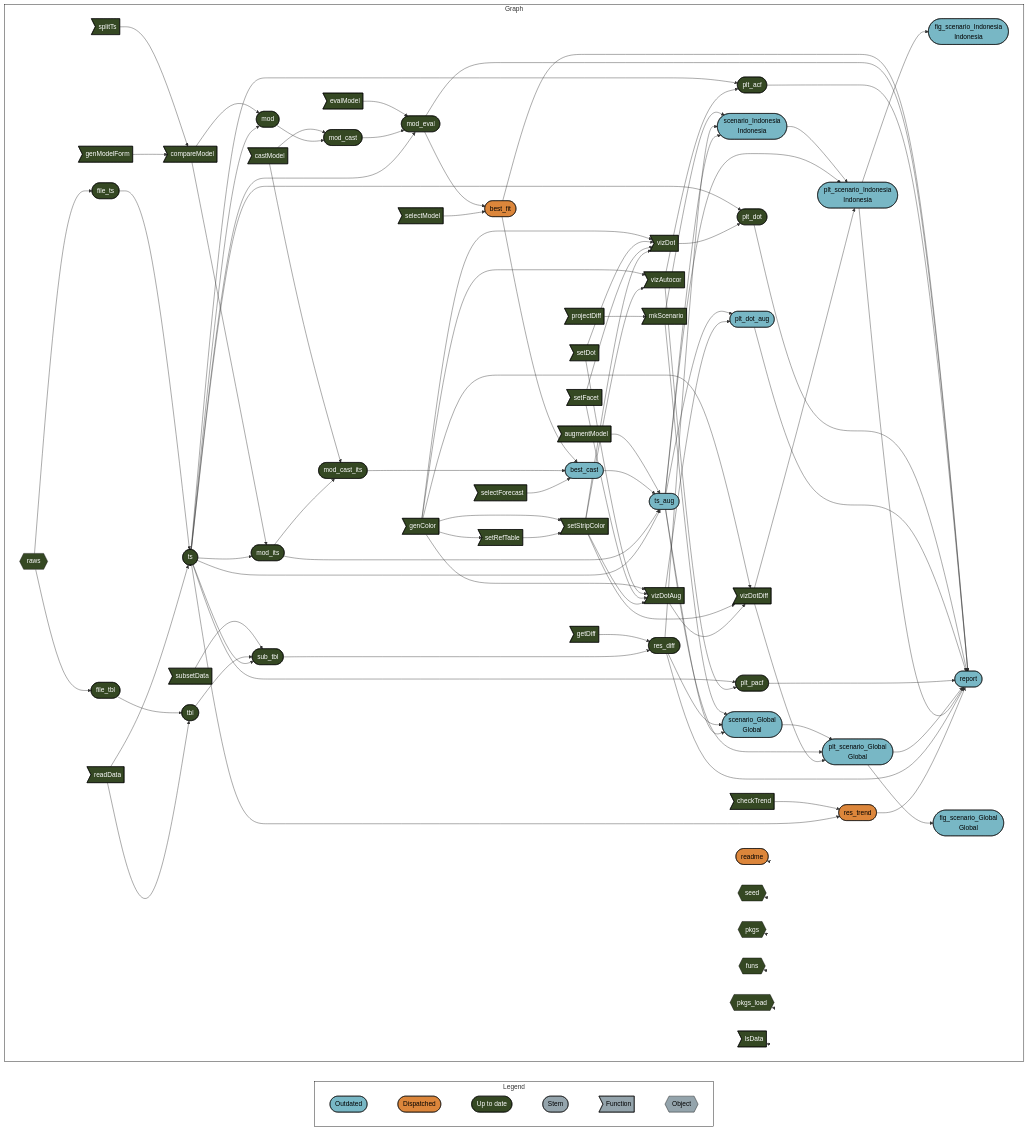
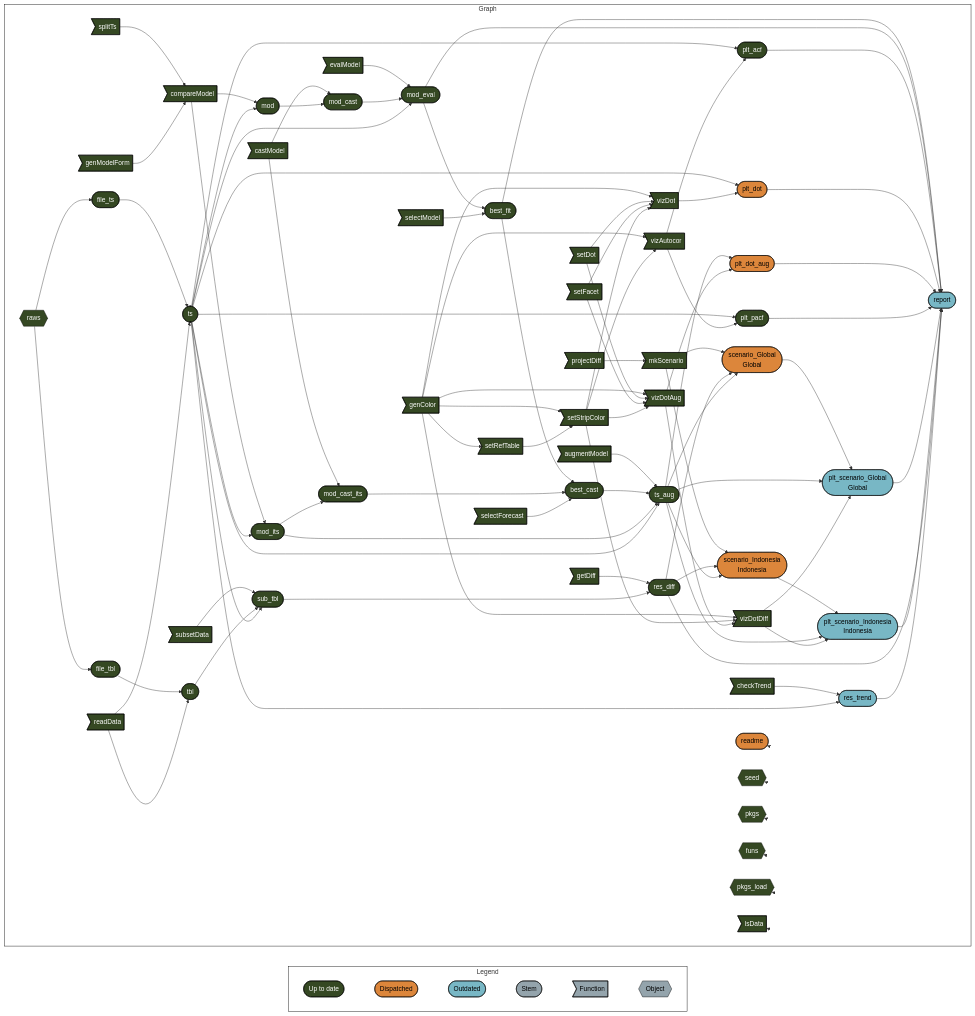
One commit to namakala/method-discrepancy-riskesdas changed the diagram in README.md. Above: the diagram before and after it, drawn with Mermaid. The commit also changed other lines of this file, not shown here.

Commit message:
Update the README file

````diff
--- a/README.md
+++ b/README.md
@@ -73,9 +77,9 @@
   style Graph fill:#FFFFFF00,stroke:#000000;
   subgraph Legend
     direction LR
-    x2db1ec7a48f65a9b([""Outdated""]):::outdated --- xb6630624a7b3aa0f([""Dispatched""]):::dispatched
-    xb6630624a7b3aa0f([""Dispatched""]):::dispatched --- xf1522833a4d242c5([""Up to date""]):::uptodate
-    xf1522833a4d242c5([""Up to date""]):::uptodate --- xd03d7c7dd2ddda2b([""Stem""]):::none
+    xf1522833a4d242c5([""Up to date""]):::uptodate --- xb6630624a7b3aa0f([""Dispatched""]):::dispatched
+    xb6630624a7b3aa0f([""Dispatched""]):::dispatched --- x2db1ec7a48f65a9b([""Outdated""]):::outdated
+    x2db1ec7a48f65a9b([""Outdated""]):::outdated --- xd03d7c7dd2ddda2b([""Stem""]):::none
     xd03d7c7dd2ddda2b([""Stem""]):::none --- xeb2d7cac8a1ce544>""Function""]:::none
     xeb2d7cac8a1ce544>""Function""]:::none --- xbecb13963f49e50b{{""Object""}}:::none
   end
@@ -102,23 +106,22 @@
     x2cba9b87114d8cdd>"genModelForm"]:::uptodate --> xacaa2b0b099a3bef>"compareModel"]:::uptodate
     xacaa2b0b099a3bef>"compareModel"]:::uptodate --> x310fe0d702765c29(["mod_its"]):::uptodate
     x69167921da2c5a4c(["ts"]):::uptodate --> x310fe0d702765c29(["mod_its"]):::uptodate
-    x35b4e9316d9a0feb(["best_fit"]):::dispatched --> x03f2053ede238c51(["best_cast"]):::outdated
-    xd5d9f89b36ce2fd3(["mod_cast_its"]):::uptodate --> x03f2053ede238c51(["best_cast"]):::outdated
-    x16fdcdd8569d4e24>"selectForecast"]:::uptodate --> x03f2053ede238c51(["best_cast"]):::outdated
-    x92dbc31cbd959c37>"mkScenario"]:::uptodate --> x7bd68e27376d8407(["scenario_Global<br>Global"]):::outdated
-    x97481d93fc034ba1(["res_diff"]):::uptodate --> x7bd68e27376d8407(["scenario_Global<br>Global"]):::outdated
-    xc488683e3df4e665(["ts_aug"]):::outdated --> x7bd68e27376d8407(["scenario_Global<br>Global"]):::outdated
+    x35b4e9316d9a0feb(["best_fit"]):::uptodate --> x03f2053ede238c51(["best_cast"]):::uptodate
+    xd5d9f89b36ce2fd3(["mod_cast_its"]):::uptodate --> x03f2053ede238c51(["best_cast"]):::uptodate
+    x16fdcdd8569d4e24>"selectForecast"]:::uptodate --> x03f2053ede238c51(["best_cast"]):::uptodate
+    x92dbc31cbd959c37>"mkScenario"]:::uptodate --> x7bd68e27376d8407(["scenario_Global<br>Global"]):::dispatched
+    x97481d93fc034ba1(["res_diff"]):::uptodate --> x7bd68e27376d8407(["scenario_Global<br>Global"]):::dispatched
+    xc488683e3df4e665(["ts_aug"]):::uptodate --> x7bd68e27376d8407(["scenario_Global<br>Global"]):::dispatched
     xa644072f7a1b7229>"castModel"]:::uptodate --> xee4f8d86dc7f5415(["mod_cast"]):::uptodate
     xe177f97af32c2a84(["mod"]):::uptodate --> xee4f8d86dc7f5415(["mod_cast"]):::uptodate
     x7b6a434a2a79ead8>"evalModel"]:::uptodate --> x0e4824291d40911d(["mod_eval"]):::uptodate
     xee4f8d86dc7f5415(["mod_cast"]):::uptodate --> x0e4824291d40911d(["mod_eval"]):::uptodate
     x69167921da2c5a4c(["ts"]):::uptodate --> x0e4824291d40911d(["mod_eval"]):::uptodate
-    xd1a2bfa4d111d922(["scenario_Indonesia<br>Indonesia"]):::outdated --> x03559e684440f76b(["plt_scenario_Indonesia<br>Indonesia"]):::outdated
-    xc488683e3df4e665(["ts_aug"]):::outdated --> x03559e684440f76b(["plt_scenario_Indonesia<br>Indonesia"]):::outdated
+    xd1a2bfa4d111d922(["scenario_Indonesia<br>Indonesia"]):::dispatched --> x03559e684440f76b(["plt_scenario_Indonesia<br>Indonesia"]):::outdated
+    xc488683e3df4e665(["ts_aug"]):::uptodate --> x03559e684440f76b(["plt_scenario_Indonesia<br>Indonesia"]):::outdated
     x2a04bef96d6f3589>"vizDotDiff"]:::uptodate --> x03559e684440f76b(["plt_scenario_Indonesia<br>Indonesia"]):::outdated
-    x03559e684440f76b(["plt_scenario_Indonesia<br>Indonesia"]):::outdated --> x0407d90eeb4b8bbf(["fig_scenario_Indonesia<br>Indonesia"]):::outdated
-    x7bd68e27376d8407(["scenario_Global<br>Global"]):::outdated --> xd714b9d178785540(["plt_scenario_Global<br>Global"]):::outdated
-    xc488683e3df4e665(["ts_aug"]):::outdated --> xd714b9d178785540(["plt_scenario_Global<br>Global"]):::outdated
+    x7bd68e27376d8407(["scenario_Global<br>Global"]):::dispatched --> xd714b9d178785540(["plt_scenario_Global<br>Global"]):::outdated
+    xc488683e3df4e665(["ts_aug"]):::uptodate --> xd714b9d178785540(["plt_scenario_Global<br>Global"]):::outdated
     x2a04bef96d6f3589>"vizDotDiff"]:::uptodate --> xd714b9d178785540(["plt_scenario_Global<br>Global"]):::outdated
     x1f6d76ea8940cecf{{"raws"}}:::uptodate --> x6fba182254a20175(["file_tbl"]):::uptodate
     x41ba333bb4a8eac2>"getDiff"]:::uptodate --> x97481d93fc034ba1(["res_diff"]):::uptodate
@@ -127,41 +130,40 @@
     x18b26034ab3a95e2>"readData"]:::uptodate --> x69167921da2c5a4c(["ts"]):::uptodate
     x6fba182254a20175(["file_tbl"]):::uptodate --> xb24e8ba9befc2f2c(["tbl"]):::uptodate
     x18b26034ab3a95e2>"readData"]:::uptodate --> xb24e8ba9befc2f2c(["tbl"]):::uptodate
-    x0e4824291d40911d(["mod_eval"]):::uptodate --> x35b4e9316d9a0feb(["best_fit"]):::dispatched
-    x1c4ab9118e3ea071>"selectModel"]:::uptodate --> x35b4e9316d9a0feb(["best_fit"]):::dispatched
-    x35b4e9316d9a0feb(["best_fit"]):::dispatched --> xb72891f20a5b8df1(["report"]):::outdated
+    x0e4824291d40911d(["mod_eval"]):::uptodate --> x35b4e9316d9a0feb(["best_fit"]):::uptodate
+    x1c4ab9118e3ea071>"selectModel"]:::uptodate --> x35b4e9316d9a0feb(["best_fit"]):::uptodate
+    x1f6d76ea8940cecf{{"raws"}}:::uptodate --> xb82194ad1d3356df(["file_ts"]):::uptodate
+    x35b4e9316d9a0feb(["best_fit"]):::uptodate --> xb72891f20a5b8df1(["report"]):::outdated
     x0e4824291d40911d(["mod_eval"]):::uptodate --> xb72891f20a5b8df1(["report"]):::outdated
     xc590316f7a9c8a5d(["plt_acf"]):::uptodate --> xb72891f20a5b8df1(["report"]):::outdated
-    x15da876e665e6188(["plt_dot"]):::uptodate --> xb72891f20a5b8df1(["report"]):::outdated
-    xa96ae55b1b18d8fc(["plt_dot_aug"]):::outdated --> xb72891f20a5b8df1(["report"]):::outdated
+    x15da876e665e6188(["plt_dot"]):::dispatched --> xb72891f20a5b8df1(["report"]):::outdated
+    xa96ae55b1b18d8fc(["plt_dot_aug"]):::dispatched --> xb72891f20a5b8df1(["report"]):::outdated
     x674283d12376b53b(["plt_pacf"]):::uptodate --> xb72891f20a5b8df1(["report"]):::outdated
     xd714b9d178785540(["plt_scenario_Global<br>Global"]):::outdated --> xb72891f20a5b8df1(["report"]):::outdated
     x03559e684440f76b(["plt_scenario_Indonesia<br>Indonesia"]):::outdated --> xb72891f20a5b8df1(["report"]):::outdated
     x97481d93fc034ba1(["res_diff"]):::uptodate --> xb72891f20a5b8df1(["report"]):::outdated
-    xbdb43b025d9b1b25(["res_trend"]):::dispatched --> xb72891f20a5b8df1(["report"]):::outdated
-    x1f6d76ea8940cecf{{"raws"}}:::uptodate --> xb82194ad1d3356df(["file_ts"]):::uptodate
-    xd714b9d178785540(["plt_scenario_Global<br>Global"]):::outdated --> xf7834b6db66d1f53(["fig_scenario_Global<br>Global"]):::outdated
-    xe777d5278e8501a6>"checkTrend"]:::uptodate --> xbdb43b025d9b1b25(["res_trend"]):::dispatched
-    x69167921da2c5a4c(["ts"]):::uptodate --> xbdb43b025d9b1b25(["res_trend"]):::dispatched
+    xbdb43b025d9b1b25(["res_trend"]):::outdated --> xb72891f20a5b8df1(["report"]):::outdated
+    xe777d5278e8501a6>"checkTrend"]:::uptodate --> xbdb43b025d9b1b25(["res_trend"]):::outdated
+    x69167921da2c5a4c(["ts"]):::uptodate --> xbdb43b025d9b1b25(["res_trend"]):::outdated
     x69167921da2c5a4c(["ts"]):::uptodate --> xc590316f7a9c8a5d(["plt_acf"]):::uptodate
     xa4ed09271e4b7e0c>"vizAutocor"]:::uptodate --> xc590316f7a9c8a5d(["plt_acf"]):::uptodate
-    x1a0b2ed0fd224eb0>"augmentModel"]:::uptodate --> xc488683e3df4e665(["ts_aug"]):::outdated
-    x03f2053ede238c51(["best_cast"]):::outdated --> xc488683e3df4e665(["ts_aug"]):::outdated
-    x310fe0d702765c29(["mod_its"]):::uptodate --> xc488683e3df4e665(["ts_aug"]):::outdated
-    x69167921da2c5a4c(["ts"]):::uptodate --> xc488683e3df4e665(["ts_aug"]):::outdated
+    x1a0b2ed0fd224eb0>"augmentModel"]:::uptodate --> xc488683e3df4e665(["ts_aug"]):::uptodate
+    x03f2053ede238c51(["best_cast"]):::uptodate --> xc488683e3df4e665(["ts_aug"]):::uptodate
+    x310fe0d702765c29(["mod_its"]):::uptodate --> xc488683e3df4e665(["ts_aug"]):::uptodate
+    x69167921da2c5a4c(["ts"]):::uptodate --> xc488683e3df4e665(["ts_aug"]):::uptodate
     x69167921da2c5a4c(["ts"]):::uptodate --> x674283d12376b53b(["plt_pacf"]):::uptodate
     xa4ed09271e4b7e0c>"vizAutocor"]:::uptodate --> x674283d12376b53b(["plt_pacf"]):::uptodate
-    x92dbc31cbd959c37>"mkScenario"]:::uptodate --> xd1a2bfa4d111d922(["scenario_Indonesia<br>Indonesia"]):::outdated
-    x97481d93fc034ba1(["res_diff"]):::uptodate --> xd1a2bfa4d111d922(["scenario_Indonesia<br>Indonesia"]):::outdated
-    xc488683e3df4e665(["ts_aug"]):::outdated --> xd1a2bfa4d111d922(["scenario_Indonesia<br>Indonesia"]):::outdated
+    x92dbc31cbd959c37>"mkScenario"]:::uptodate --> xd1a2bfa4d111d922(["scenario_Indonesia<br>Indonesia"]):::dispatched
+    x97481d93fc034ba1(["res_diff"]):::uptodate --> xd1a2bfa4d111d922(["scenario_Indonesia<br>Indonesia"]):::dispatched
+    xc488683e3df4e665(["ts_aug"]):::uptodate --> xd1a2bfa4d111d922(["scenario_Indonesia<br>Indonesia"]):::dispatched
     xa644072f7a1b7229>"castModel"]:::uptodate --> xd5d9f89b36ce2fd3(["mod_cast_its"]):::uptodate
     x310fe0d702765c29(["mod_its"]):::uptodate --> xd5d9f89b36ce2fd3(["mod_cast_its"]):::uptodate
     xacaa2b0b099a3bef>"compareModel"]:::uptodate --> xe177f97af32c2a84(["mod"]):::uptodate
     x69167921da2c5a4c(["ts"]):::uptodate --> xe177f97af32c2a84(["mod"]):::uptodate
-    x69167921da2c5a4c(["ts"]):::uptodate --> x15da876e665e6188(["plt_dot"]):::uptodate
-    xb8b267aae822a938>"vizDot"]:::uptodate --> x15da876e665e6188(["plt_dot"]):::uptodate
-    xc488683e3df4e665(["ts_aug"]):::outdated --> xa96ae55b1b18d8fc(["plt_dot_aug"]):::outdated
-    x517170a0862823a9>"vizDotAug"]:::uptodate --> xa96ae55b1b18d8fc(["plt_dot_aug"]):::outdated
+    x69167921da2c5a4c(["ts"]):::uptodate --> x15da876e665e6188(["plt_dot"]):::dispatched
+    xb8b267aae822a938>"vizDot"]:::uptodate --> x15da876e665e6188(["plt_dot"]):::dispatched
+    xc488683e3df4e665(["ts_aug"]):::uptodate --> xa96ae55b1b18d8fc(["plt_dot_aug"]):::dispatched
+    x517170a0862823a9>"vizDotAug"]:::uptodate --> xa96ae55b1b18d8fc(["plt_dot_aug"]):::dispatched
     xd7e58f14e419de9c>"subsetData"]:::uptodate --> xace8ed3b55f17498(["sub_tbl"]):::uptodate
     xb24e8ba9befc2f2c(["tbl"]):::uptodate --> xace8ed3b55f17498(["sub_tbl"]):::uptodate
     x69167921da2c5a4c(["ts"]):::uptodate --> xace8ed3b55f17498(["sub_tbl"]):::uptodate
@@ -172,19 +174,19 @@
     x026e3308cd8be8b9{{"pkgs_load"}}:::uptodate --> x026e3308cd8be8b9{{"pkgs_load"}}:::uptodate
     x3eac3c5af5491b67>"lsData"]:::uptodate --> x3eac3c5af5491b67>"lsData"]:::uptodate
   end
+  classDef uptodate stroke:#000000,color:#ffffff,fill:#354823;
+  classDef dispatched stroke:#000000,color:#000000,fill:#DC863B;
   classDef outdated stroke:#000000,color:#000000,fill:#78B7C5;
-  classDef dispatched stroke:#000000,color:#000000,fill:#DC863B;
-  classDef uptodate stroke:#000000,color:#ffffff,fill:#354823;
   classDef none stroke:#000000,color:#000000,fill:#94a4ac;
   linkStyle 0 stroke-width:0px;
   linkStyle 1 stroke-width:0px;
   linkStyle 2 stroke-width:0px;
   linkStyle 3 stroke-width:0px;
   linkStyle 4 stroke-width:0px;
+  linkStyle 87 stroke-width:0px;
+  linkStyle 88 stroke-width:0px;
   linkStyle 89 stroke-width:0px;
   linkStyle 90 stroke-width:0px;
   linkStyle 91 stroke-width:0px;
   linkStyle 92 stroke-width:0px;
-  linkStyle 93 stroke-width:0px;
-  linkStyle 94 stroke-width:0px;
 ```
````
